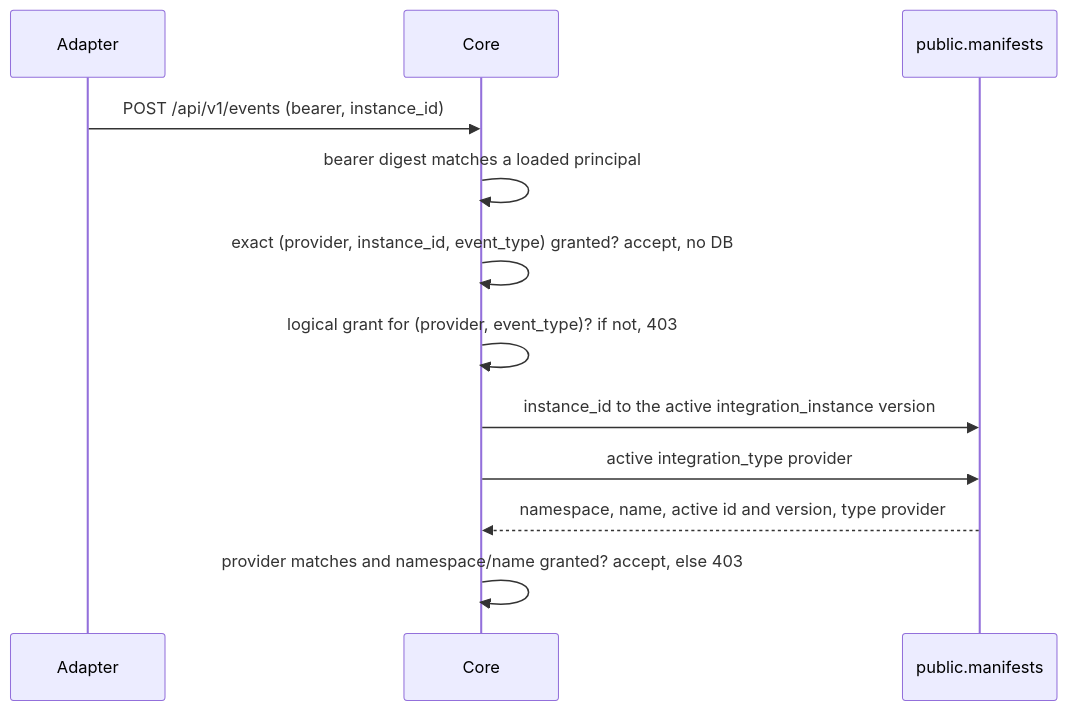
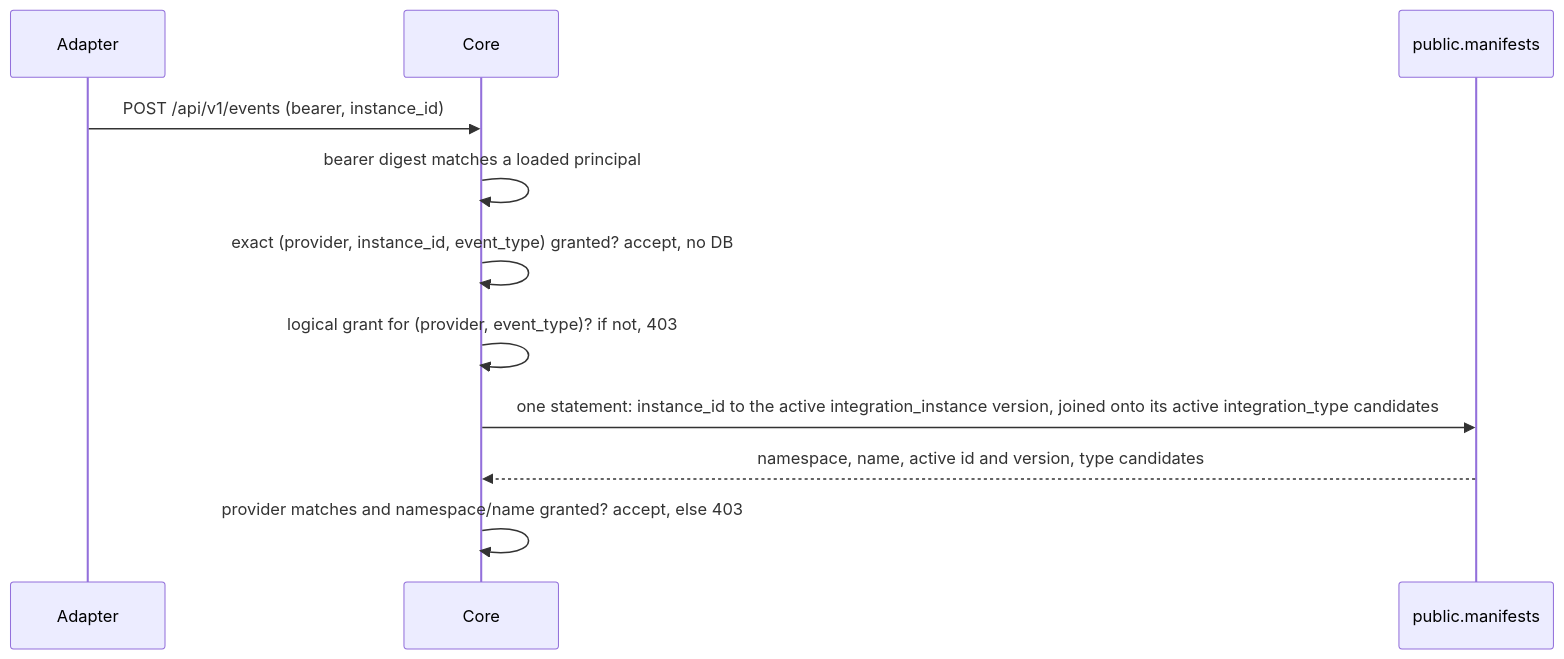
Before and after one commit to dakasa-yggdrasil/yggdrasil-core: the diagram in docs/features/events.md, drawn with Mermaid. The commit also changed other lines of this file and 5 other files, not shown here.

````diff
--- a/docs/features/events.md
+++ b/docs/features/events.md
@@ -187,14 +194,13 @@
 ```mermaid
 sequenceDiagram
   participant A as Adapter
   participant C as Core
   participant DB as public.manifests
   A->>C: POST /api/v1/events (bearer, instance_id)
   C->>C: bearer digest matches a loaded principal
   C->>C: exact (provider, instance_id, event_type) granted? accept, no DB
   C->>C: logical grant for (provider, event_type)? if not, 403
-  C->>DB: instance_id to the active integration_instance version
-  C->>DB: active integration_type provider
-  DB-->>C: namespace, name, active id and version, type provider
+  C->>DB: one statement: instance_id to the active integration_instance version, joined onto its active integration_type candidates
+  DB-->>C: namespace, name, active id and version, type candidates
   C->>C: provider matches and namespace/name granted? accept, else 403
 ```
````
